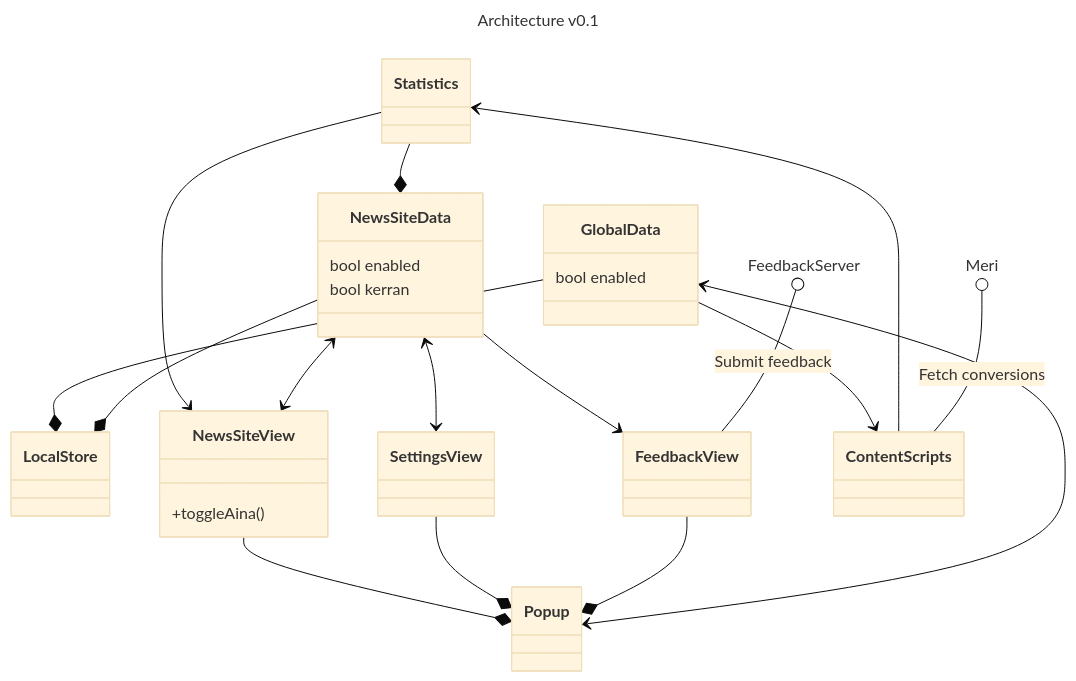
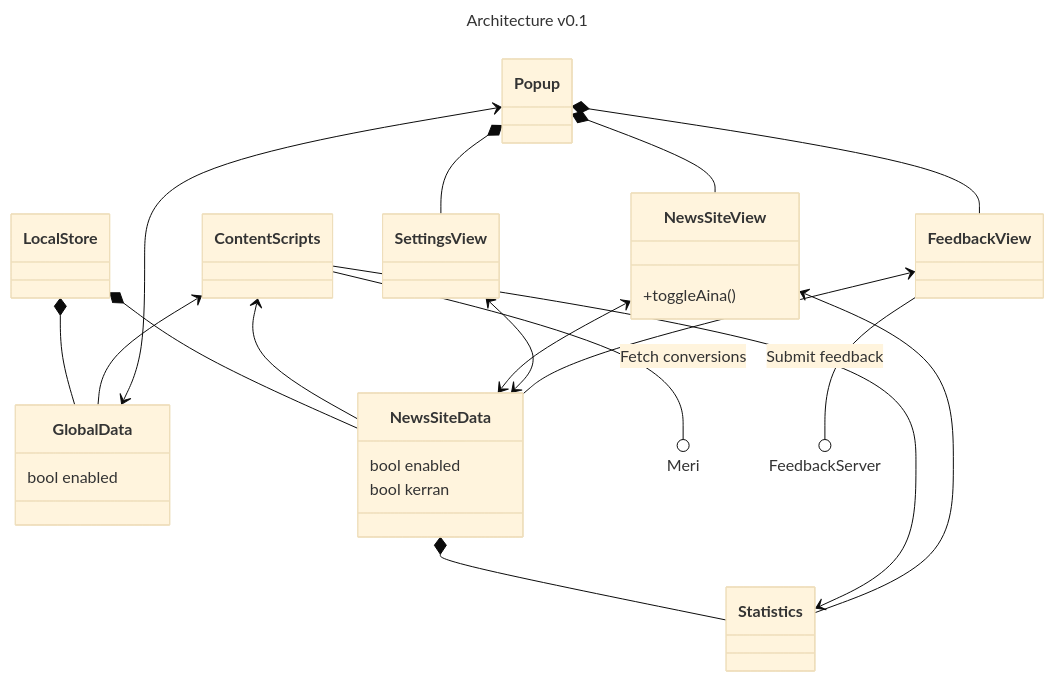
One commit to Klikkikuri/paatti changed the diagram in README.md. Above: the diagram before and after it, drawn with Mermaid (base theme).

````diff
--- a/README.md
+++ b/README.md
@@ -3,51 +3,52 @@
 ```mermaid
 ---
 title: Architecture v0.1
 ---
 classDiagram
-    direction BT
+    direction TB
     class LocalStore{
     }
     class GlobalData{
         bool enabled
     }
     class NewsSiteData{
         bool enabled
         bool kerran
     }
     class Statistics{
     }
     class Popup{
     }
     class SettingsView{
     }
     class NewsSiteView{
         +toggleAina()
     }
     class FeedbackView{
     }
     class ContentScripts{
     }
 
     LocalStore *-- GlobalData
     LocalStore *-- NewsSiteData
 
     NewsSiteData *-- Statistics
 
     ContentScripts <-- GlobalData
+    ContentScripts <-- NewsSiteData
     ContentScripts --> Statistics
     ContentScripts --() Meri : Fetch conversions
 
     Popup *-- NewsSiteView
     Popup *-- SettingsView
     Popup *-- FeedbackView
     Popup <--> GlobalData
 
     NewsSiteView <-- Statistics
     NewsSiteView <--> NewsSiteData
 
     SettingsView <--> NewsSiteData
 
     FeedbackView <-- NewsSiteData
     FeedbackView --() FeedbackServer : Submit feedback
 ```
````
